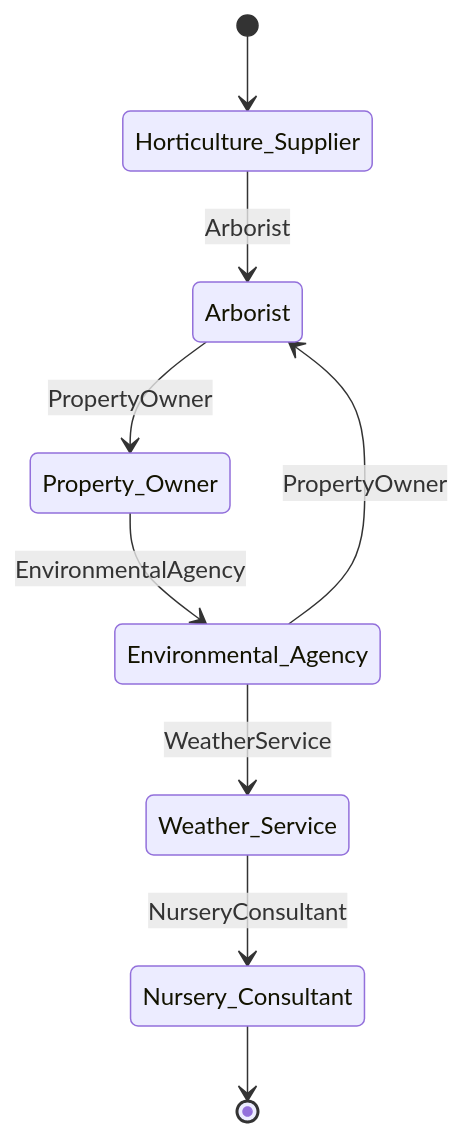
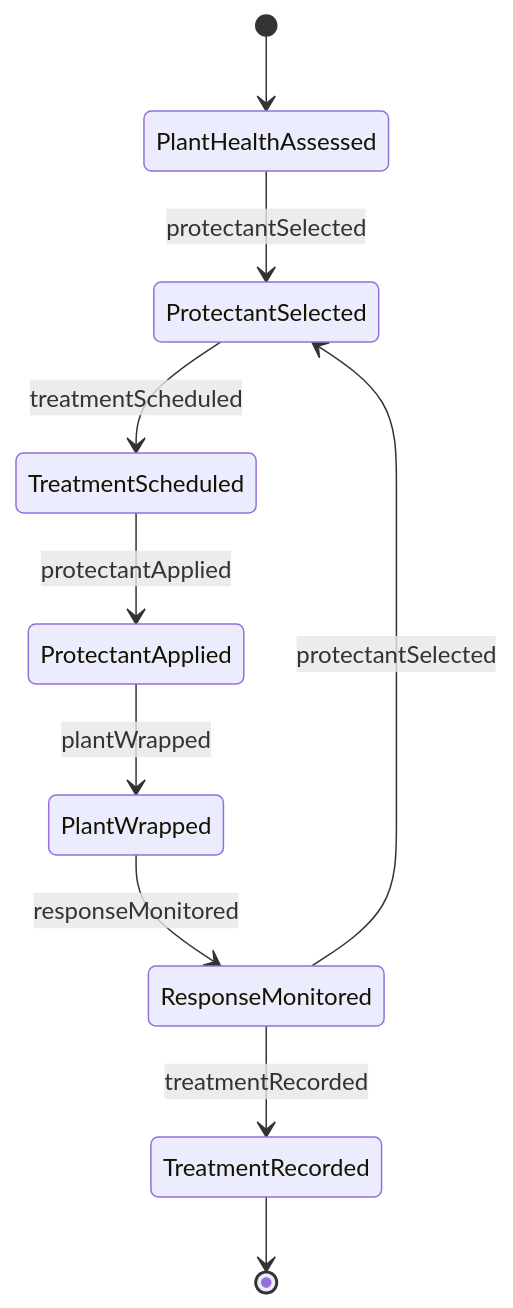
One commit to dot-org-ai/tasks.org.ai changed the second of 4 diagrams in HandlingAndMovingObjects/ApplyProtectiveSolutionsOrCoatings/TreatGreenerySurfacesProtectiveSubstances.mdx. Above: the diagram before and after it, drawn with Mermaid. The commit also changed other lines of this file and 40 other files, not shown here.

First line of the commit message:
fix: Replace Actor-based ER and State diagrams with Entity/Event-based diagrams in 41 HandlingAndMovingObjects DWA files

````diff
--- a/HandlingAndMovingObjects/ApplyProtectiveSolutionsOrCoatings/TreatGreenerySurfacesProtectiveSubstances.mdx
+++ b/HandlingAndMovingObjects/ApplyProtectiveSolutionsOrCoatings/TreatGreenerySurfacesProtectiveSubstances.mdx
@@ -101,11 +99,12 @@
 ```mermaid
 stateDiagram-v2
-    [*] --> Horticulture_Supplier
-    Horticulture_Supplier --> Arborist: Arborist
-    Arborist --> Property_Owner: PropertyOwner
-    Property_Owner --> Environmental_Agency: EnvironmentalAgency
-    Environmental_Agency --> Weather_Service: WeatherService
-    Weather_Service --> Nursery_Consultant: NurseryConsultant
-    Environmental_Agency --> Arborist: PropertyOwner
-    Nursery_Consultant --> [*]
+    [*] --> PlantHealthAssessed
+    PlantHealthAssessed --> ProtectantSelected : protectantSelected
+    ProtectantSelected --> TreatmentScheduled : treatmentScheduled
+    TreatmentScheduled --> ProtectantApplied : protectantApplied
+    ProtectantApplied --> PlantWrapped : plantWrapped
+    PlantWrapped --> ResponseMonitored : responseMonitored
+    ResponseMonitored --> TreatmentRecorded : treatmentRecorded
+    ResponseMonitored --> ProtectantSelected : protectantSelected
+    TreatmentRecorded --> [*]
 ```
````
